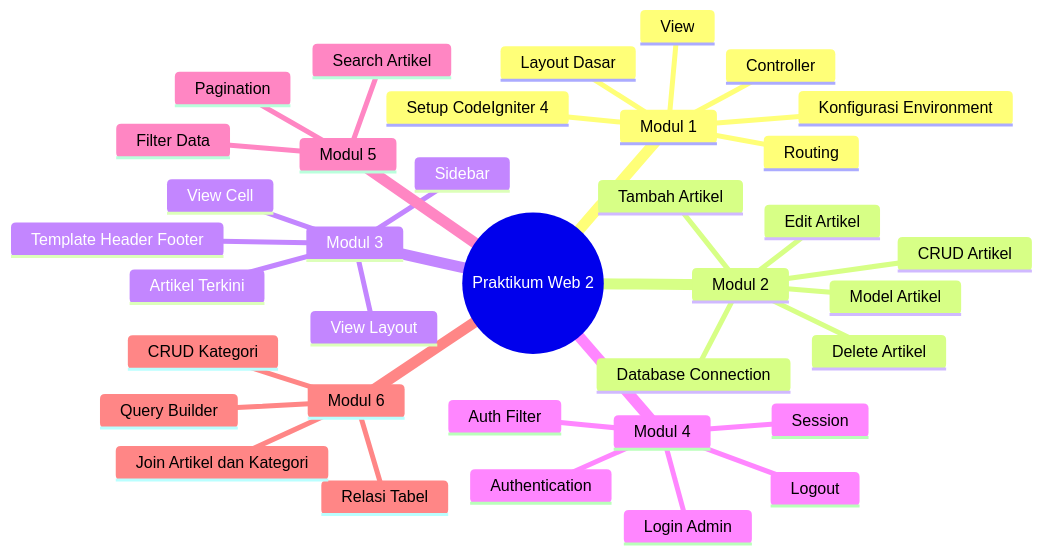
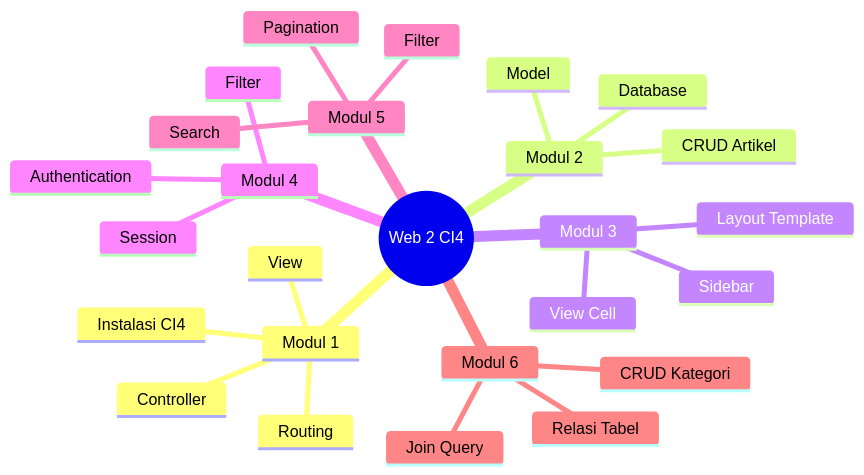
Before and after one commit to dnrprsty/Web2_Praktikum: the first of 10 diagrams in README.md, drawn with Mermaid. The commit also changed other lines of this file, not shown here.

````diff
--- a/README.md
+++ b/README.md
@@ -3,44 +14,34 @@
 ```mermaid
 mindmap
-  root((Praktikum Web 2))
+  root((Web 2 CI4))
     Modul 1
-      Setup CodeIgniter 4
-      Konfigurasi Environment
+      Instalasi CI4
       Routing
       Controller
       View
-      Layout Dasar
 
     Modul 2
       CRUD Artikel
-      Database Connection
-      Model Artikel
-      Tambah Artikel
-      Edit Artikel
-      Delete Artikel
+      Model
+      Database
 
     Modul 3
-      View Layout
-      Template Header Footer
+      Layout Template
       Sidebar
       View Cell
-      Artikel Terkini
 
     Modul 4
       Authentication
-      Login Admin
       Session
-      Auth Filter
-      Logout
+      Filter
 
     Modul 5
       Pagination
-      Search Artikel
-      Filter Data
+      Search
+      Filter
 
     Modul 6
       Relasi Tabel
-      Query Builder
-      Join Artikel dan Kategori
+      Join Query
       CRUD Kategori
 ```
````
